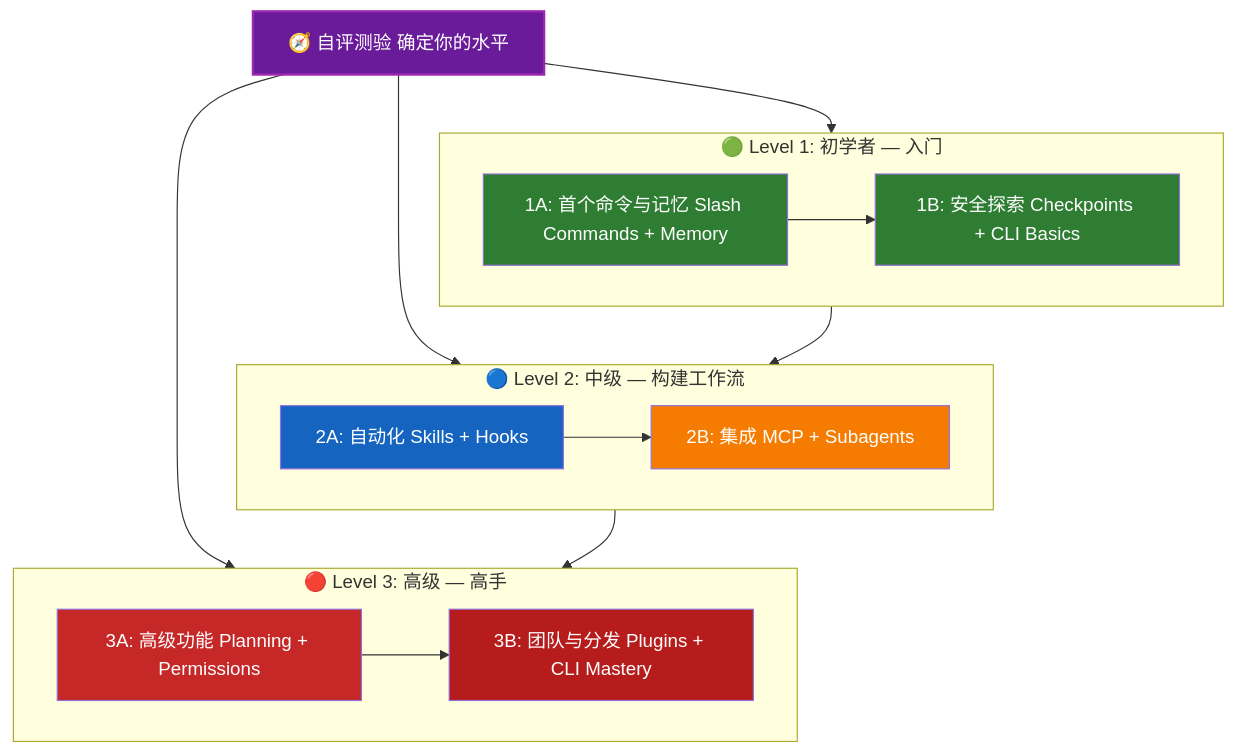
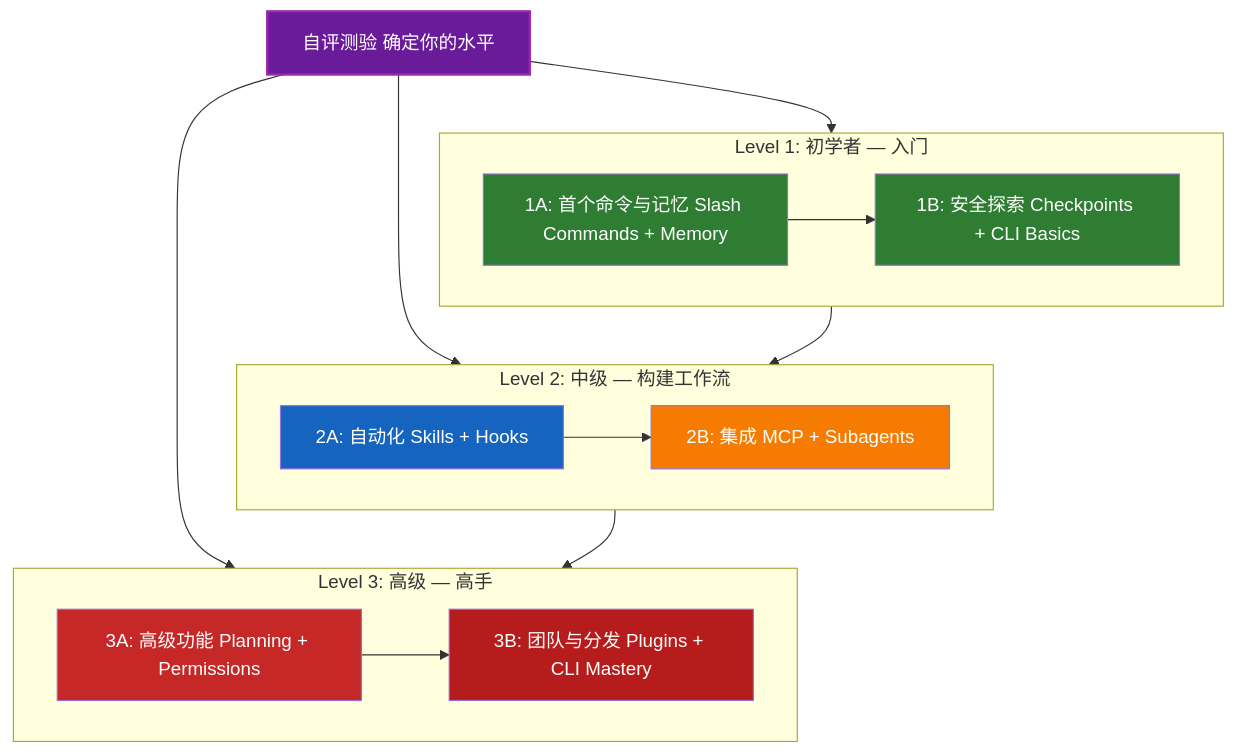
Before and after one commit to Rx782-Fss/claude-howto-zh: the diagram in LEARNING-ROADMAP.md, drawn with Mermaid. The commit also changed 6 other files, not shown here.

Commit message:
fix: 清除 Mermaid 内所有全角标点/emoji/<br/> (最终修复)

````diff
--- a/LEARNING-ROADMAP.md
+++ b/LEARNING-ROADMAP.md
@@ -55,32 +55,32 @@
 ```mermaid
 graph TD
-    Q["🧭 自评测验 确定你的水平"] --> L1
+    Q[" 自评测验 确定你的水平"] --> L1
     Q --> L2
     Q --> L3
 
-    subgraph L1["🟢 Level 1: 初学者 — 入门"]
+    subgraph L1[" Level 1: 初学者 — 入门"]
         direction LR
         A["1A: 首个命令与记忆 Slash Commands + Memory"] --> B["1B: 安全探索 Checkpoints + CLI Basics"]
     end
 
-    subgraph L2["🔵 Level 2: 中级 — 构建工作流"]
+    subgraph L2[" Level 2: 中级 — 构建工作流"]
         direction LR
         C["2A: 自动化 Skills + Hooks"] --> D["2B: 集成 MCP + Subagents"]
     end
 
-    subgraph L3["🔴 Level 3: 高级 — 高手"]
+    subgraph L3[" Level 3: 高级 — 高手"]
         direction LR
         E["3A: 高级功能 Planning + Permissions"] --> F["3B: 团队与分发 Plugins + CLI Mastery"]
     end
 
     L1 --> L2
     L2 --> L3
 
     style Q fill:#6A1B9A,color:#fff,stroke:#9C27B0,stroke-width:2px
     style A fill:#2E7D32,color:#fff
     style B fill:#2E7D32,color:#fff
     style C fill:#1565C0,color:#fff
     style D fill:#F57C00,color:#fff
     style E fill:#C62828,color:#fff
     style F fill:#B71C1C,color:#fff
 ```
````
